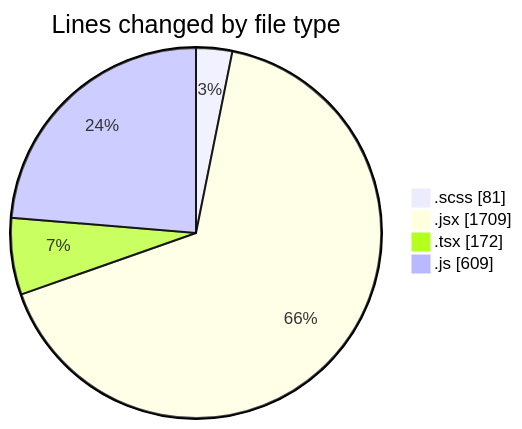
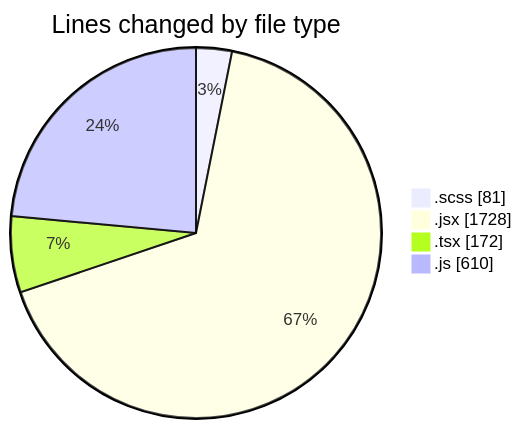
Before and after one commit to momahboobian/code-tracking: the first of 2 diagrams in 2025-06-03/cda/README.md, drawn with Mermaid. The commit also changed other lines of this file and 1 other file, not shown here.

````diff
--- a/2025-06-03/cda/README.md
+++ b/2025-06-03/cda/README.md
@@ -25,8 +25,8 @@
 ```mermaid
 pie showData
 title Lines changed by file type
 ".scss" : 81
-".jsx" : 1709
+".jsx" : 1728
 ".tsx" : 172
-".js" : 609
+".js" : 610
 ```
````
